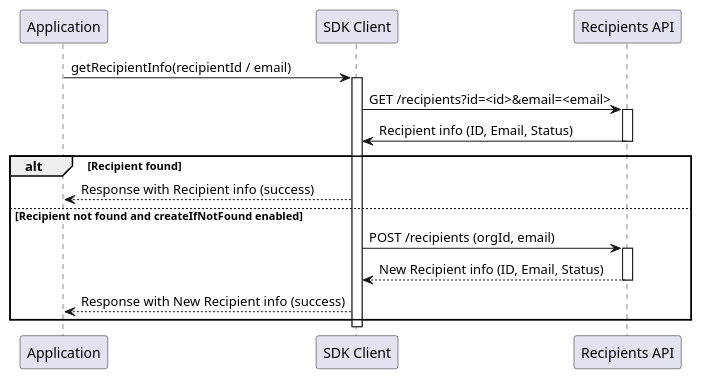
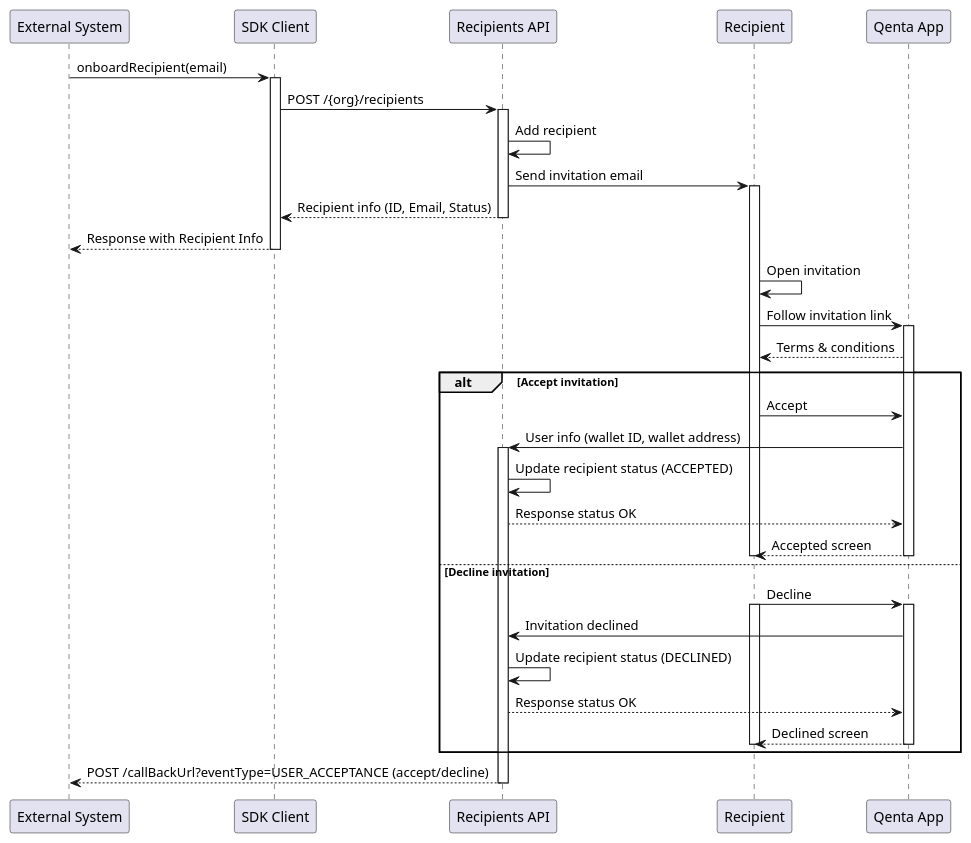
One commit to responsible-gold/pro-wallet-integration-decumentation changed the diagram in use_cases/recipients/onboard_recipient_sequence.puml. Above: the diagram before and after it, drawn with PlantUML. The commit also changed 1 other file, not shown here.

Commit message:
doc: recipient onboard sequence

```diff
--- a/use_cases/recipients/onboard_recipient_sequence.puml
+++ b/use_cases/recipients/onboard_recipient_sequence.puml
@@ -1,27 +1,58 @@
 @startuml
-participant Application
+participant "External System" as Application
 participant "SDK Client" as SdkClient
 participant "Recipients API" as RecipientsAPI
+participant "Recipient" as Recipient
+participant "Qenta App" as QentaApp
 
-Application -> SdkClient: getRecipientInfo(recipientId / email)
+Application -> SdkClient: onboardRecipient(email)
 activate SdkClient
 
-SdkClient -> RecipientsAPI: GET /recipients?id=<id>&email=<email>
+SdkClient -> RecipientsAPI: POST /{org}/recipients
 activate RecipientsAPI
 
-RecipientsAPI -> SdkClient: Recipient info (ID, Email, Status)
+RecipientsAPI -> RecipientsAPI: Add recipient
+RecipientsAPI -> Recipient: Send invitation email
+activate Recipient
+
+RecipientsAPI --> SdkClient: Recipient info (ID, Email, Status)
 deactivate RecipientsAPI
 
-alt Recipient found
-SdkClient --> Application: Response with Recipient info (success)
-else Recipient not found and createIfNotFound enabled
-SdkClient -> RecipientsAPI: POST /recipients (orgId, email)
+SdkClient --> Application: Response with Recipient Info
+deactivate SdkClient
+
+Recipient -> Recipient: Open invitation
+Recipient -> QentaApp: Follow invitation link
+activate QentaApp
+QentaApp --> Recipient: Terms & conditions
+alt Accept invitation
+
+Recipient -> QentaApp: Accept
+QentaApp -> RecipientsAPI: User info (wallet ID, wallet address)
 activate RecipientsAPI
-RecipientsAPI --> SdkClient: New Recipient info (ID, Email, Status)
+RecipientsAPI -> RecipientsAPI: Update recipient status (ACCEPTED)
+RecipientsAPI --> QentaApp: Response status OK
+
+QentaApp --> Recipient: Accepted screen
+deactivate Recipient
+deactivate QentaApp
+
+else Decline invitation
+Recipient -> QentaApp: Decline
+activate Recipient
+activate QentaApp
+QentaApp -> RecipientsAPI: Invitation declined
+
+RecipientsAPI -> RecipientsAPI: Update recipient status (DECLINED)
+RecipientsAPI --> QentaApp: Response status OK
+
+QentaApp --> Recipient: Declined screen
+deactivate Recipient
+deactivate QentaApp
+
+end
+
+RecipientsAPI --> Application: POST /callBackUrl?eventType=USER_ACCEPTANCE (accept/decline)
 deactivate RecipientsAPI
 
-    SdkClient --> Application: Response with New Recipient info (success)
-end
-
-deactivate SdkClient
 @enduml
```
